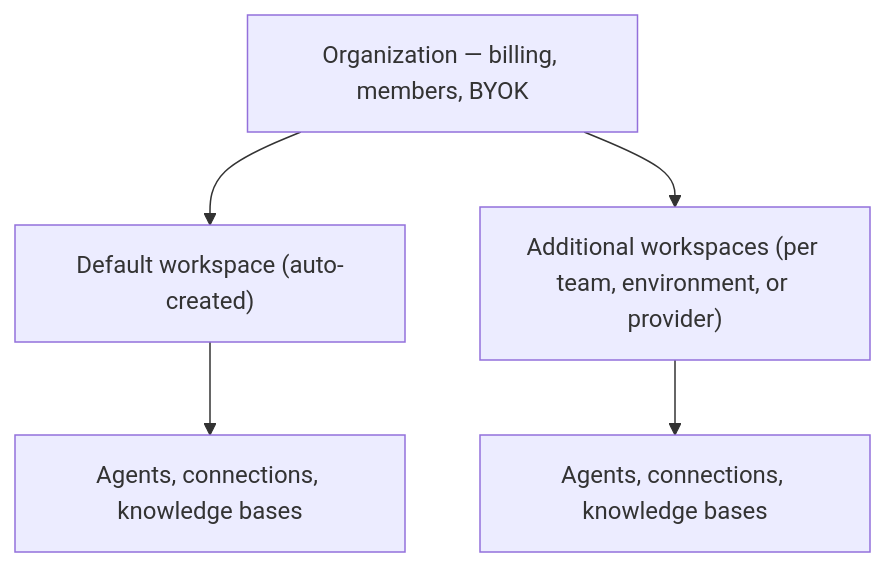
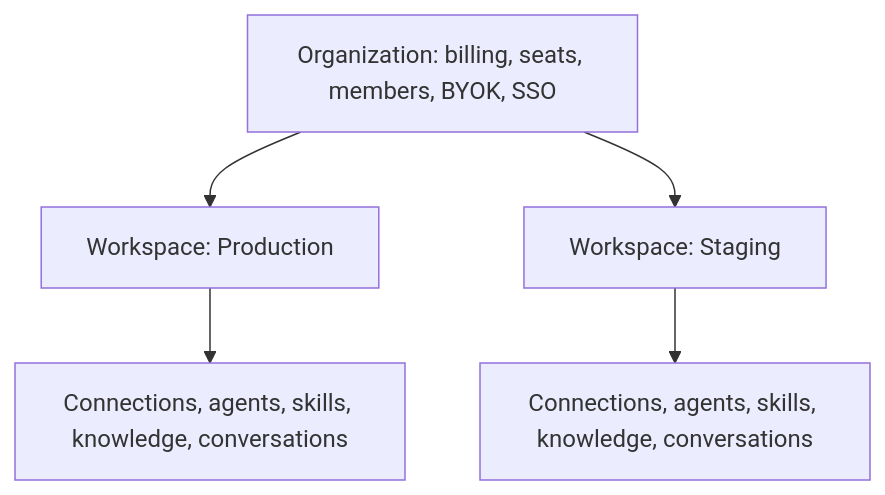
One commit to nhat-tranvan/docs changed the diagram in guide/organization.mdx. Above: the diagram before and after it, drawn with Mermaid. The commit also changed other lines of this file and 236 other files, not shown here.

````diff
--- a/guide/organization.mdx
+++ b/guide/organization.mdx
@@ -13,7 +13,7 @@
 ```mermaid
 flowchart TD
-  org["Organization — billing, members, BYOK"] --> def["Default workspace (auto-created)"]
-  org --> add["Additional workspaces (per team, environment, or provider)"]
-  def --> defres["Agents, connections, knowledge bases"]
-  add --> addres["Agents, connections, knowledge bases"]
+  org["Organization: billing, seats, members, BYOK, SSO"] --> ws1["Workspace: Production"]
+  org --> ws2["Workspace: Staging"]
+  ws1 --> r1["Connections, agents, skills, knowledge, conversations"]
+  ws2 --> r2["Connections, agents, skills, knowledge, conversations"]
 ```
````
